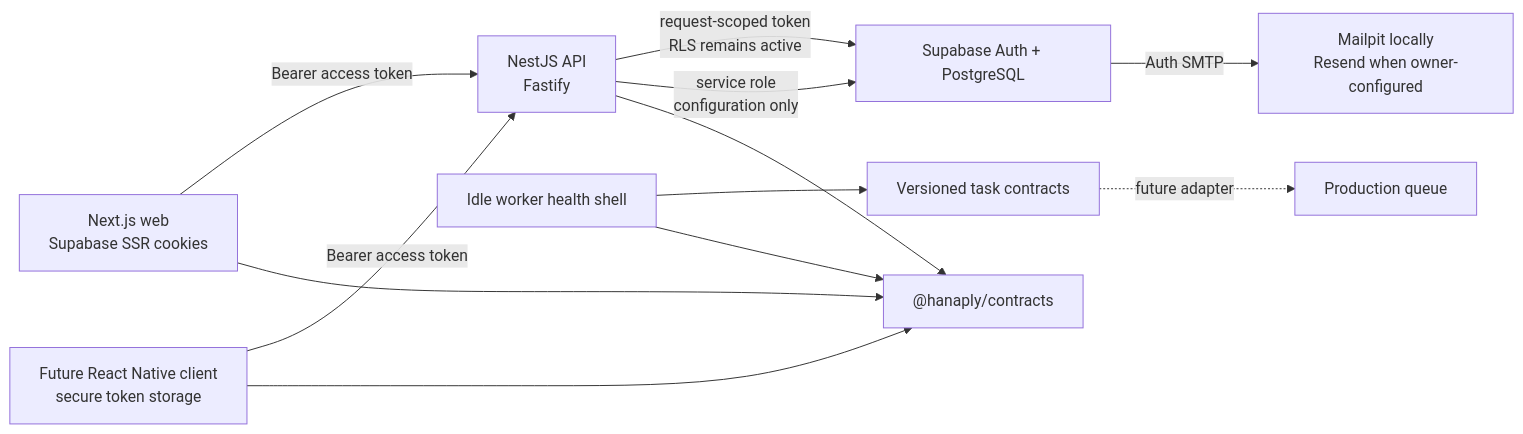
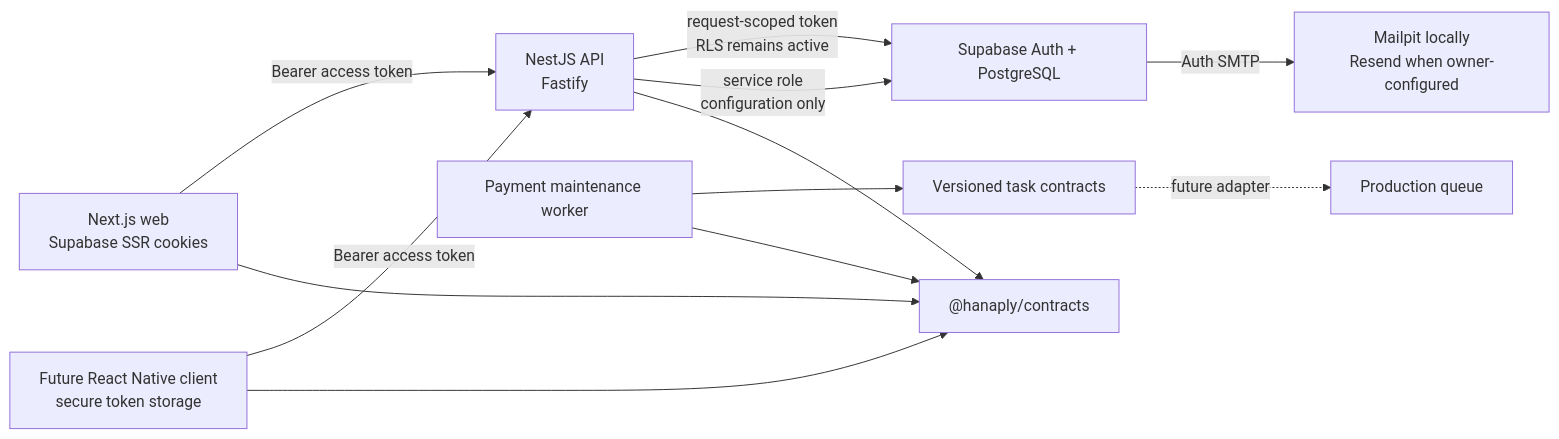
One commit to mlester999/hanaply changed the diagram in docs/architecture.md. Above: the diagram before and after it, drawn with Mermaid. The commit also changed other lines of this file and 12 other files, not shown here.

````diff
--- a/docs/architecture.md
+++ b/docs/architecture.md
@@ -5,14 +5,14 @@
 ```mermaid
 flowchart LR
   Browser["Next.js web\nSupabase SSR cookies"] -->|"Bearer access token"| API["NestJS API\nFastify"]
   Mobile["Future React Native client\nsecure token storage"] -->|"Bearer access token"| API
   API -->|"request-scoped token\nRLS remains active"| Supabase["Supabase Auth + PostgreSQL"]
   API -->|"service role\nconfiguration only"| Supabase
   Supabase -->|"Auth SMTP"| Email["Mailpit locally\nResend when owner-configured"]
-  Worker["Idle worker health shell"] --> Tasks["Versioned task contracts"]
+  Worker["Payment maintenance worker"] --> Tasks["Versioned task contracts"]
   Tasks -. "future adapter" .-> Queue["Production queue"]
   API --> Contracts["@hanaply/contracts"]
   Browser --> Contracts
   Mobile --> Contracts
   Worker --> Contracts
 ```
````
